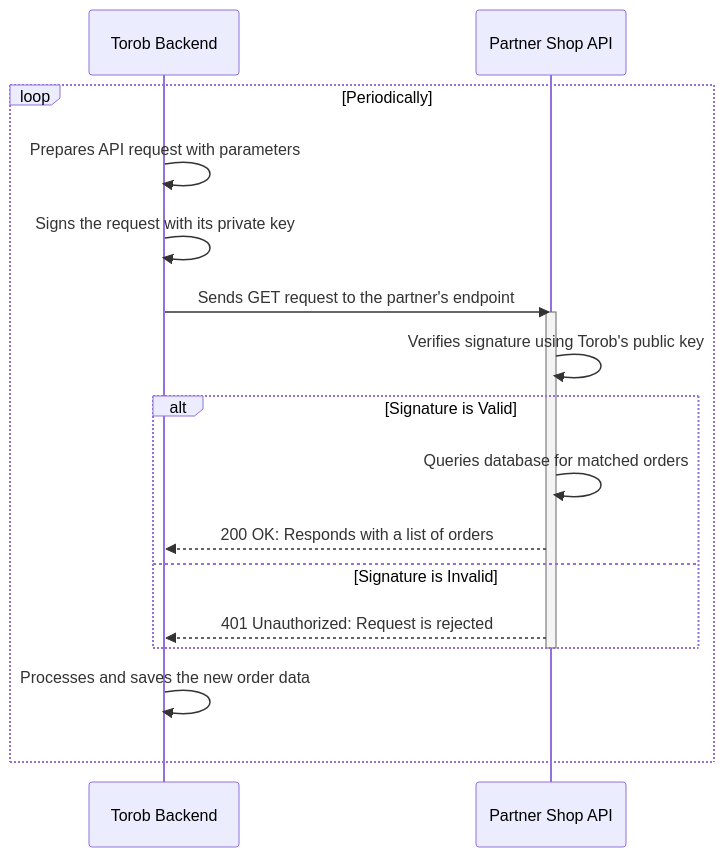
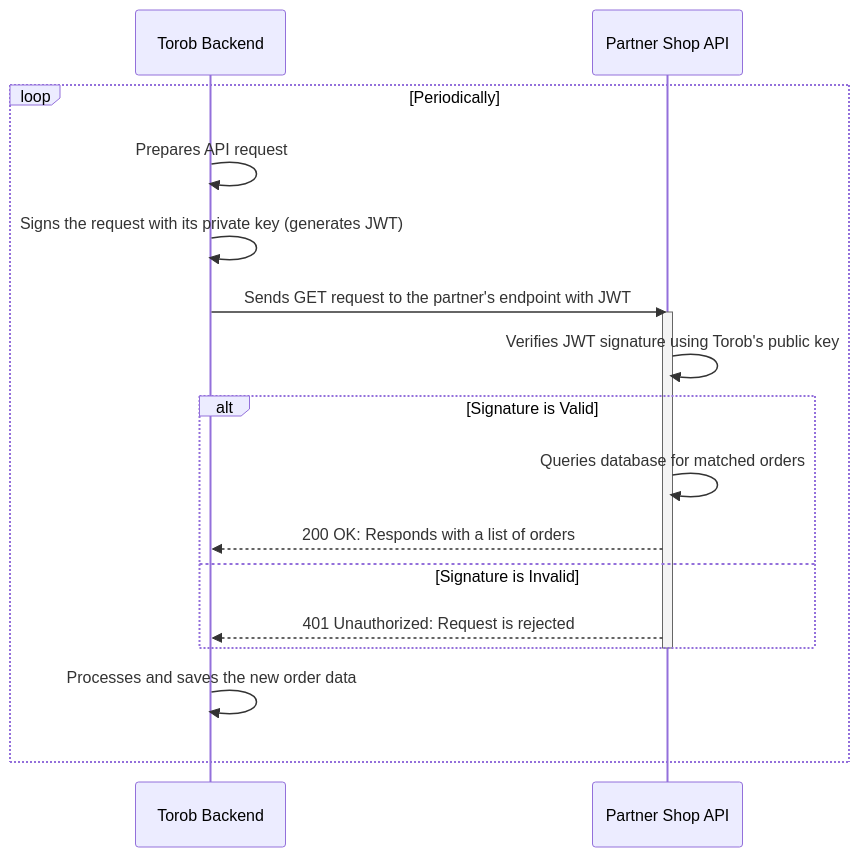
Before and after one commit to Torob/Torob-Sync: the second of 2 diagrams in order_tracking_api.md, drawn with Mermaid. The commit also changed other lines of this file, not shown here.

````diff
--- a/order_tracking_api.md
+++ b/order_tracking_api.md
@@ -32,27 +31,26 @@
 ```mermaid
 sequenceDiagram
     participant Torob Backend
     participant Partner Shop API
 
     %% --- Step 4: Periodic Data Retrieval ---
     loop Periodically
-        Torob Backend->>Torob Backend: Prepares API request with parameters
-        Torob Backend->>Torob Backend: Signs the request with its private key
-        Torob Backend->>Partner Shop API: Sends GET request to the partner's endpoint
+        Torob Backend->>Torob Backend: Prepares API request
+        Torob Backend->>Torob Backend: Signs the request with its private key (generates JWT)
+        Torob Backend->>Partner Shop API: Sends GET request to the partner's endpoint with JWT
         activate Partner Shop API
 
         %% --- Verification & Response ---
-        Partner Shop API->>Partner Shop API: Verifies signature using Torob's public key
+        Partner Shop API->>Partner Shop API: Verifies JWT signature using Torob's public key
         
         alt Signature is Valid
             Partner Shop API->>Partner Shop API: Queries database for matched orders
             Partner Shop API-->>Torob Backend: 200 OK: Responds with a list of orders
         else Signature is Invalid
             Partner Shop API-->>Torob Backend: 401 Unauthorized: Request is rejected
         end
 
         deactivate Partner Shop API
         Torob Backend->>Torob Backend: Processes and saves the new order data
     end
-
 ```
````
